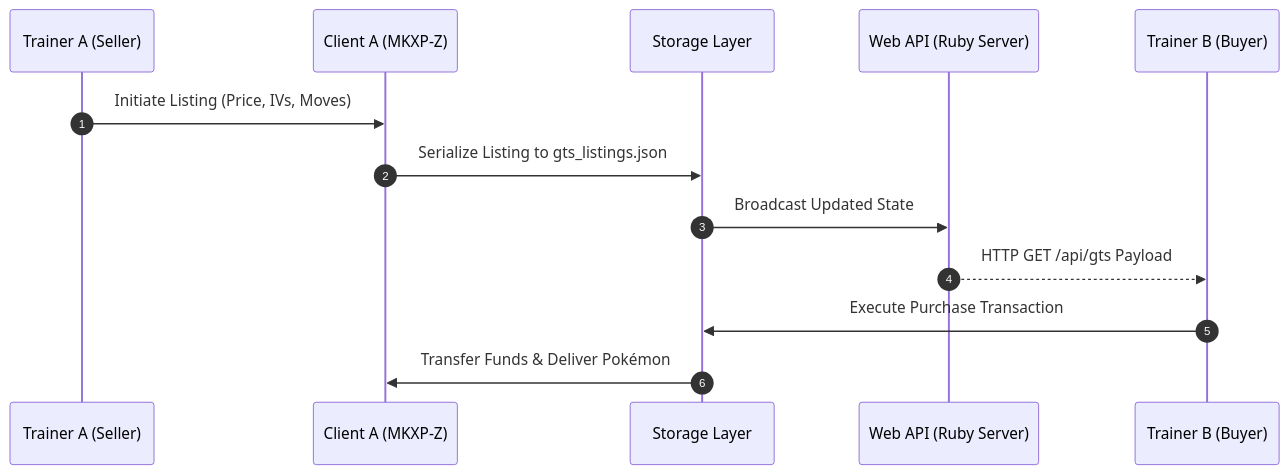
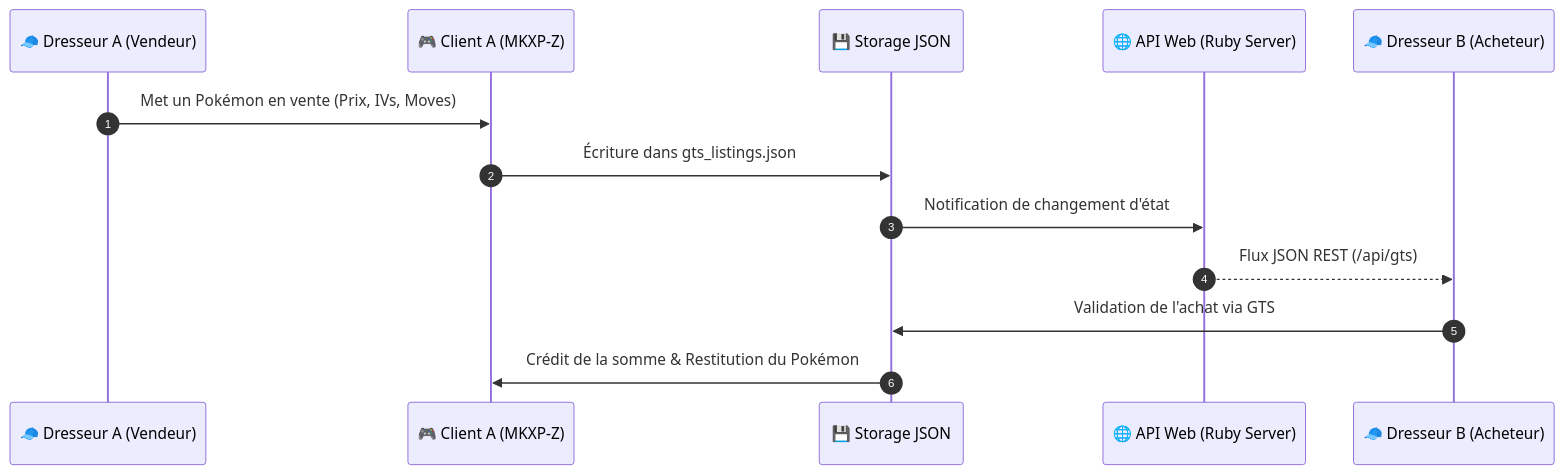
The second of 2 diagrams in README.md (NISMOR33/POKEMON-ONLINE), drawn with Mermaid before and after one commit. The commit also changed other lines of this file, not shown here.

Commit message:
feat: GTS enhancements, Delete Save button UI, intro graphics & professional README

````diff
--- a/README.md
+++ b/README.md
@@ -138,16 +204,16 @@
 ```mermaid
 sequenceDiagram
     autonumber
-    participant TraderA as Trainer A (Seller)
-    participant ClientA as Client A (MKXP-Z)
-    participant Storage as Storage Layer
-    participant WebAPI as Web API (Ruby Server)
-    participant TraderB as Trainer B (Buyer)
+    participant Vendeur as 🧢 Dresseur A (Vendeur)
+    participant ClientA as 🎮 Client A (MKXP-Z)
+    participant Storage as 💾 Storage JSON
+    participant WebAPI as 🌐 API Web (Ruby Server)
+    participant Acheteur as 🧢 Dresseur B (Acheteur)
 
-    TraderA->>ClientA: Initiate Listing (Price, IVs, Moves)
-    ClientA->>Storage: Serialize Listing to gts_listings.json
-    Storage->>WebAPI: Broadcast Updated State
-    WebAPI-->>TraderB: HTTP GET /api/gts Payload
-    TraderB->>Storage: Execute Purchase Transaction
-    Storage->>ClientA: Transfer Funds & Deliver Pokémon
+    Vendeur->>ClientA: Met un Pokémon en vente (Prix, IVs, Moves)
+    ClientA->>Storage: Écriture dans gts_listings.json
+    Storage->>WebAPI: Notification de changement d'état
+    WebAPI-->>Acheteur: Flux JSON REST (/api/gts)
+    Acheteur->>Storage: Validation de l'achat via GTS
+    Storage->>ClientA: Crédit de la somme & Restitution du Pokémon
 ```
````
